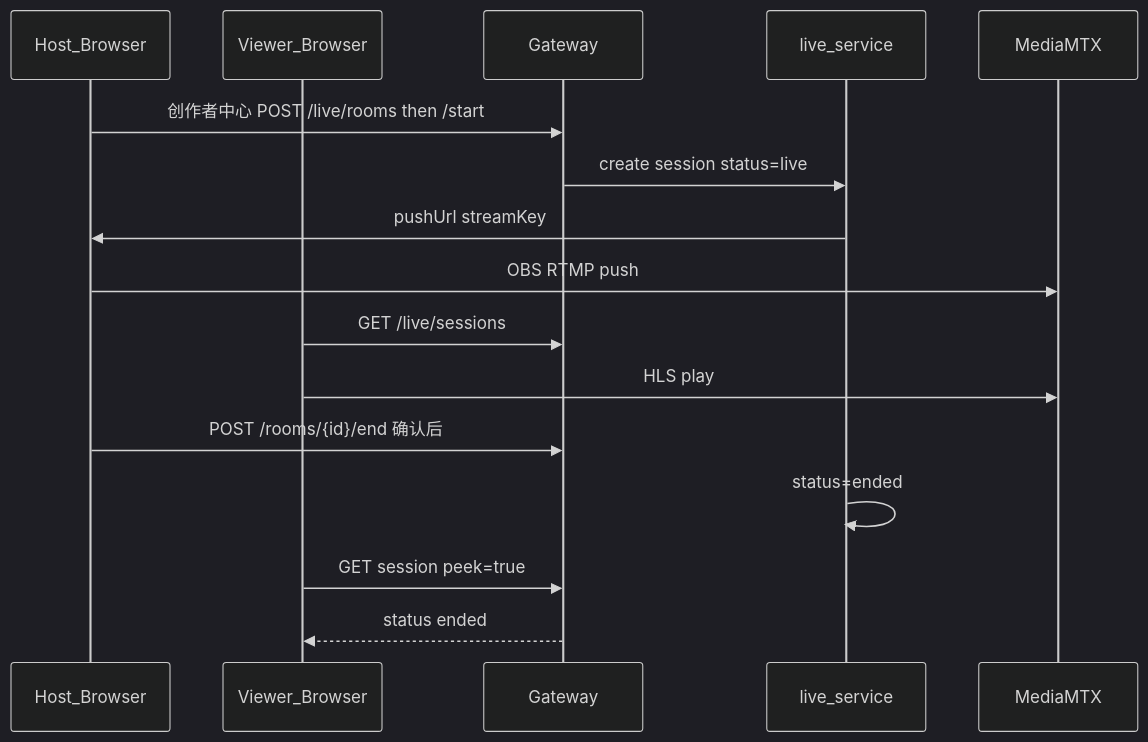
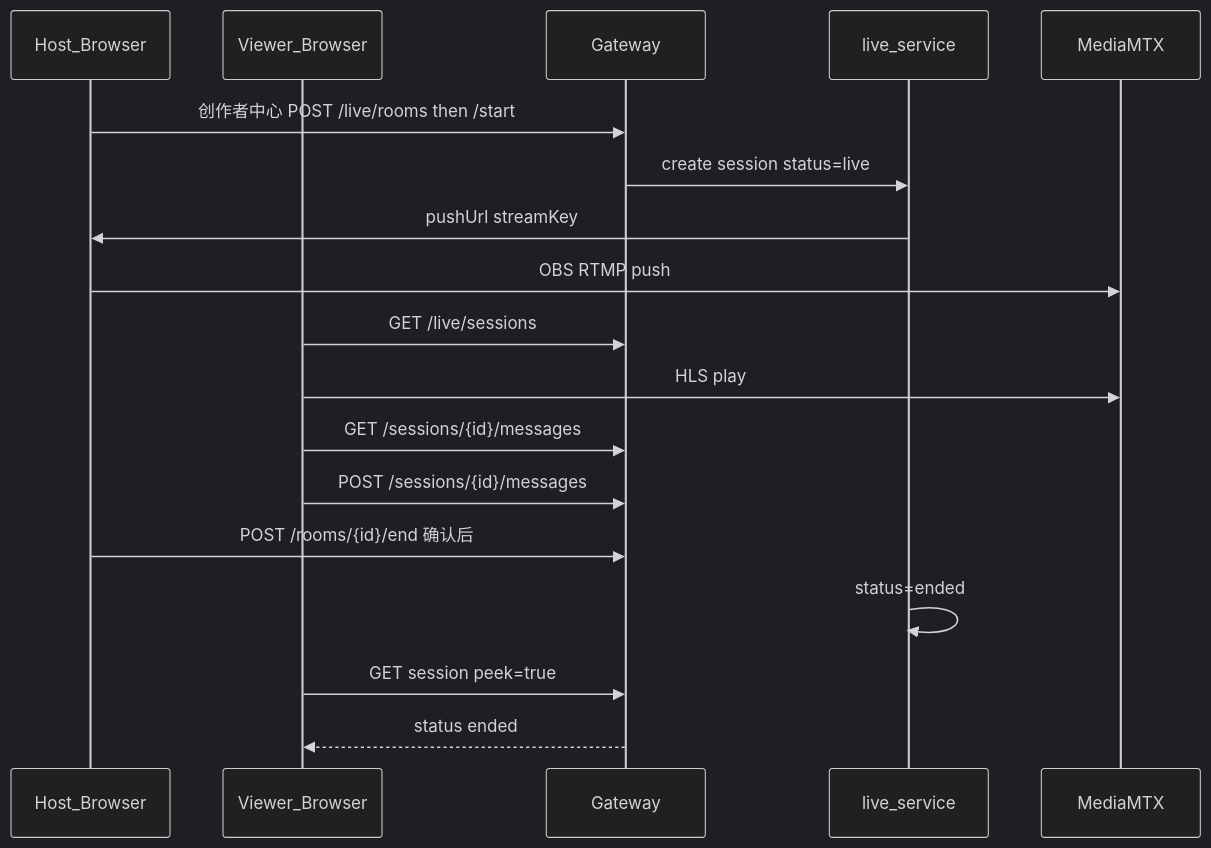
One commit to Yangleduo00337788/OnePage changed diagram 12 of 13 in agi-work-space/src/content/engineering/tech/diagrams.md. Above: the diagram before and after it, drawn with Mermaid (dark theme). The commit also changed 15 other files, not shown here.

````diff
--- a/agi-work-space/src/content/engineering/tech/diagrams.md
+++ b/agi-work-space/src/content/engineering/tech/diagrams.md
@@ -331,19 +331,21 @@
 ```mermaid
 sequenceDiagram
   participant Host as Host_Browser
   participant View as Viewer_Browser
   participant G as Gateway
   participant L as live_service
   participant MTX as MediaMTX
 
   Host->>G: 创作者中心 POST /live/rooms then /start
   G->>L: create session status=live
   L->>Host: pushUrl streamKey
   Host->>MTX: OBS RTMP push
   View->>G: GET /live/sessions
   View->>MTX: HLS play
+  View->>G: GET /sessions/{id}/messages
+  View->>G: POST /sessions/{id}/messages
   Host->>G: POST /rooms/{id}/end 确认后
   L->>L: status=ended
   View->>G: GET session peek=true
   G-->>View: status ended
 ```
````
